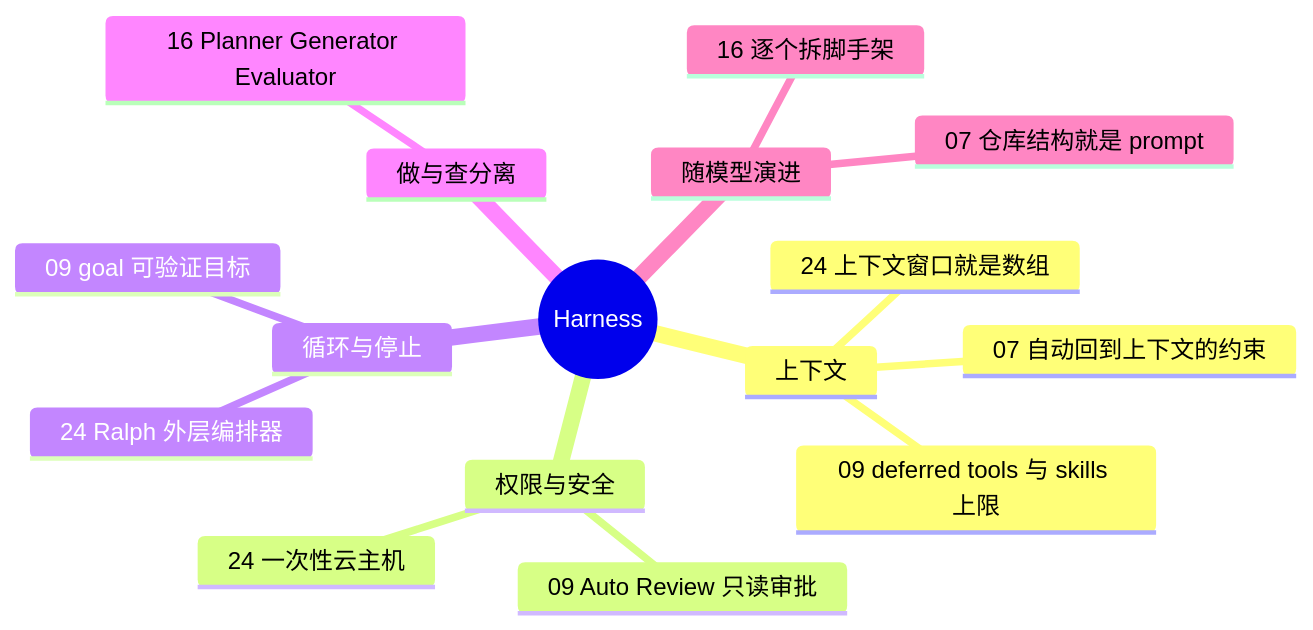
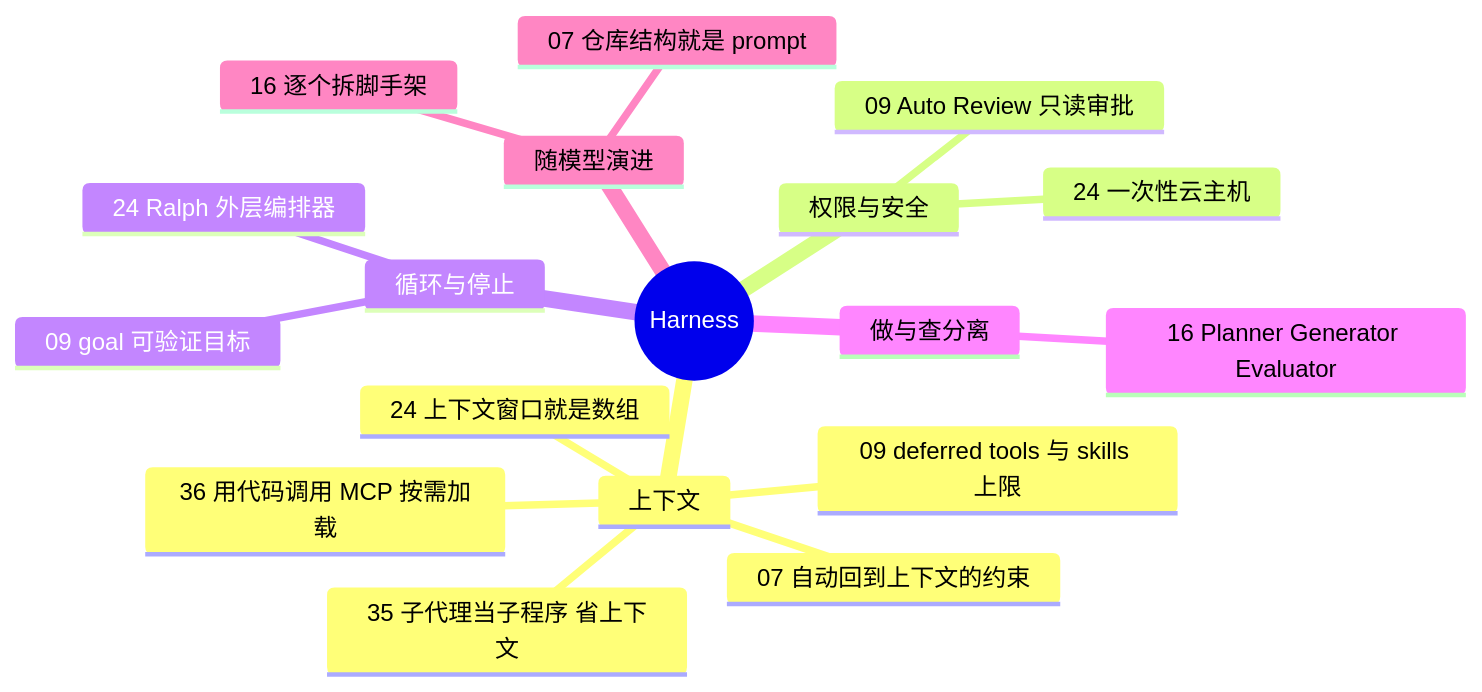
One commit to yzw7489757/ai-coding-videos changed the diagram in docs/guide/harness.md. Above: the diagram before and after it, drawn with Mermaid. The commit also changed other lines of this file and 34 other files, not shown here.

````diff
--- a/docs/guide/harness.md
+++ b/docs/guide/harness.md
@@ -13,19 +13,21 @@
 ```mermaid
 mindmap
   root((Harness))
     上下文
       09 deferred tools 与 skills 上限
       24 上下文窗口就是数组
       07 自动回到上下文的约束
+      35 子代理当子程序 省上下文
+      36 用代码调用 MCP 按需加载
     权限与安全
       09 Auto Review 只读审批
       24 一次性云主机
     循环与停止
       09 goal 可验证目标
       24 Ralph 外层编排器
     做与查分离
       16 Planner Generator Evaluator
     随模型演进
       16 逐个拆脚手架
       07 仓库结构就是 prompt
 ```
````
